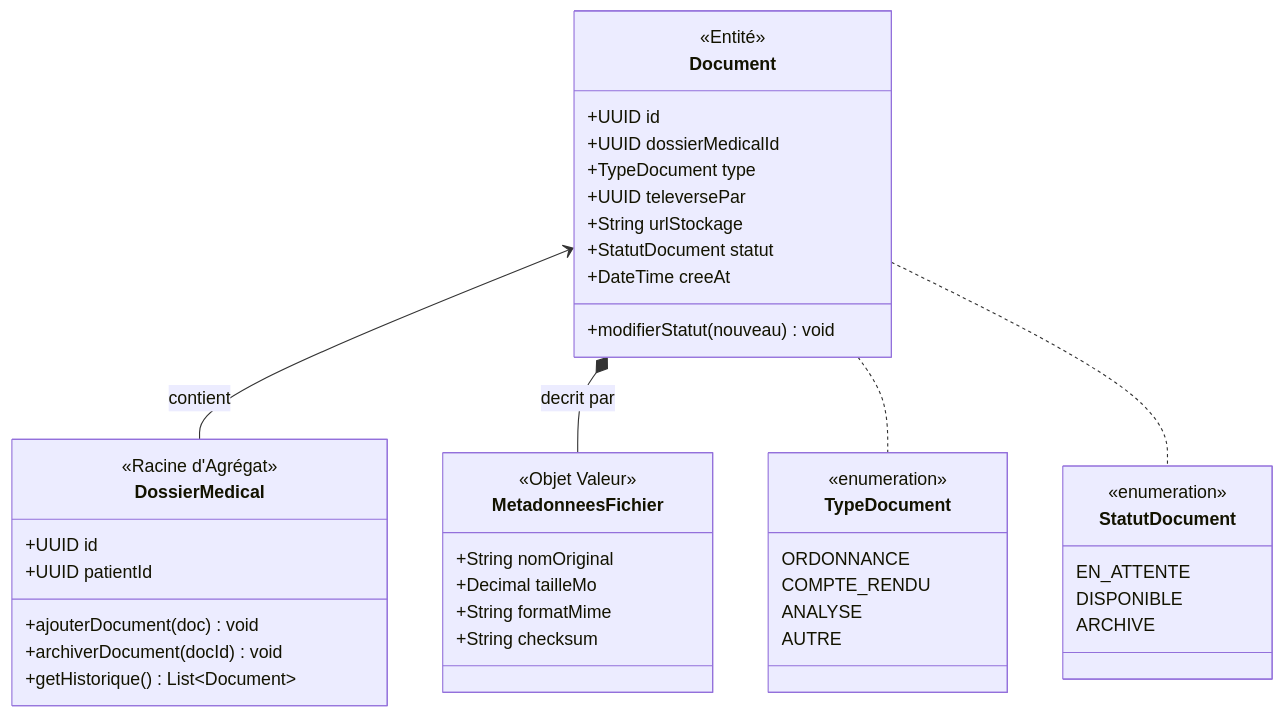
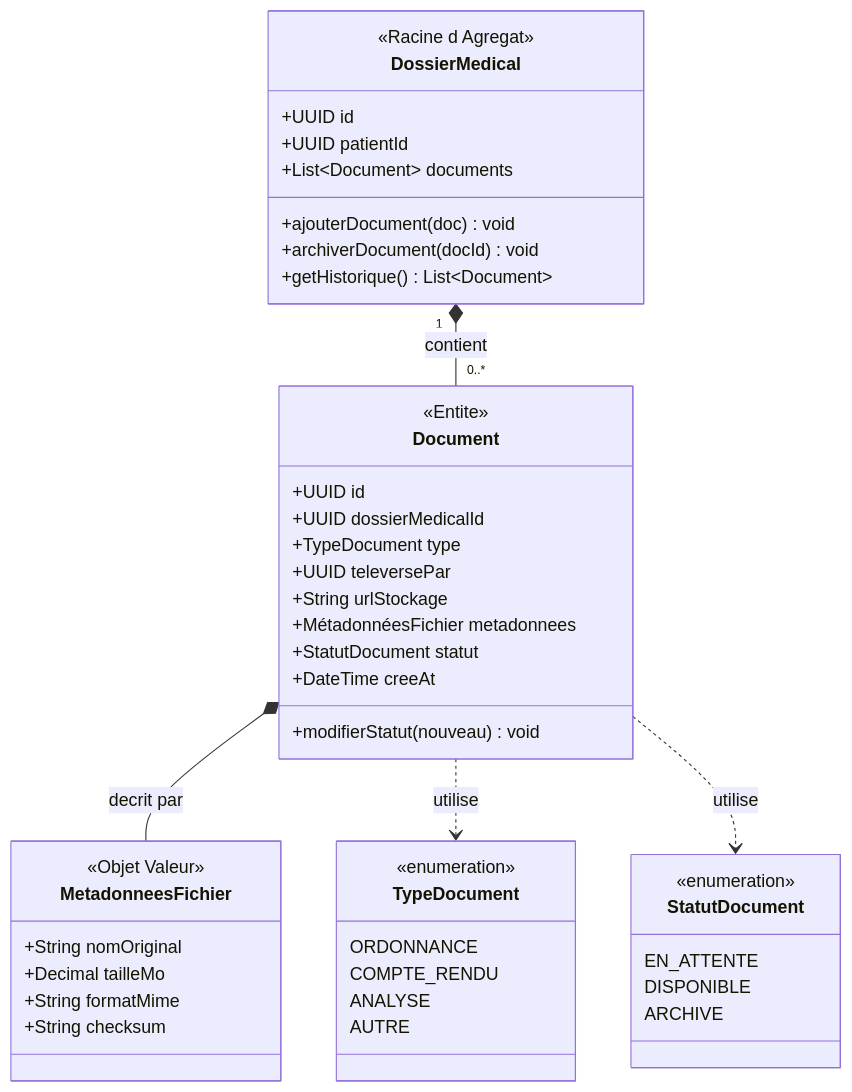
The fourth of 4 diagrams in README.md (bassimtbb/MediLink), drawn with Mermaid before and after one commit. The commit also changed other lines of this file, not shown here.

````diff
--- a/README.md
+++ b/README.md
@@ -460,58 +481,53 @@
 ```mermaid
-  classDiagram
-    %% Définition des énumérations (Tables séparées)
+classDiagram
     class TypeDocument {
         <<enumeration>>
         ORDONNANCE
         COMPTE_RENDU
         ANALYSE
         AUTRE
     }
 
     class StatutDocument {
         <<enumeration>>
         EN_ATTENTE
         DISPONIBLE
         ARCHIVE
     }
 
-    %% Classes principales
     class DossierMedical {
-        <<Racine d'Agrégat>>
+        <<Racine d Agregat>>
         +UUID id
         +UUID patientId
+        +List~Document~ documents
         +ajouterDocument(doc) void
         +archiverDocument(docId) void
         +getHistorique() List~Document~
     }
 
     class Document {
-        <<Entité>>
+        <<Entite>>
         +UUID id
         +UUID dossierMedicalId
         +TypeDocument type
         +UUID televersePar
         +String urlStockage
+        +MétadonnéesFichier metadonnees
         +StatutDocument statut
         +DateTime creeAt
         +modifierStatut(nouveau) void
     }
 
     class MetadonneesFichier {
         <<Objet Valeur>>
         +String nomOriginal
         +Decimal tailleMo
         +String formatMime
         +String checksum
     }
 
-    %% Relations
-    %% Le document est une extension du dossier médical du patient
-    Document <-- DossierMedical : contient
-
+    DossierMedical "1" *-- "0..*" Document : contient
     Document *-- MetadonneesFichier : decrit par
-
-    %% Liens vers les enums
-    Document .. TypeDocument
-    Document .. StatutDocument
+    Document ..> TypeDocument : utilise
+    Document ..> StatutDocument : utilise
 ```
````
